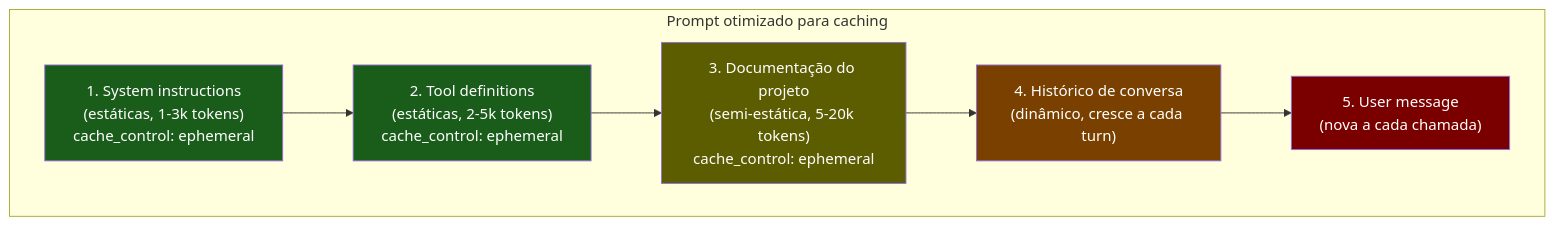
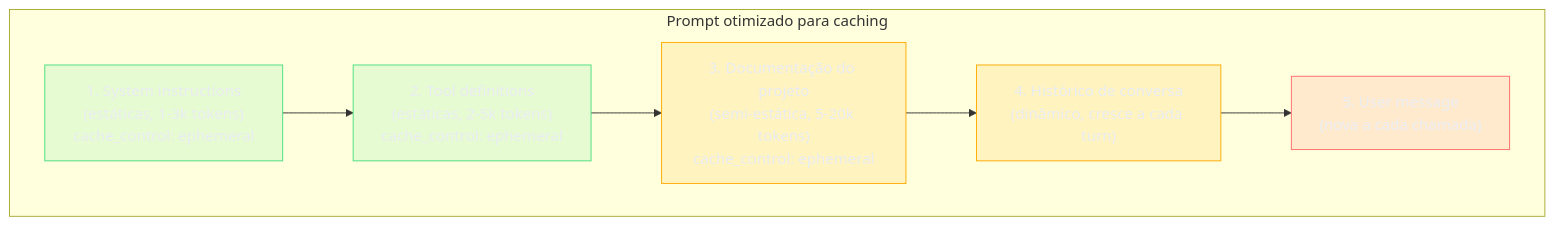
Before and after one commit to josenaldo/codex-technomanticus: the diagram in 03-Dominios/Tecnologia/IA/Economia de Tokens/05 - Prompt caching na prática.md, drawn with Mermaid. The commit also changed 1181 other files, not shown here.

First line of the commit message:
fix(diagramas): paleta do sistema no lugar de cor cravada no markdown

````diff
--- a/03-Dominios/Tecnologia/IA/Economia de Tokens/05 - Prompt caching na prática.md
+++ b/03-Dominios/Tecnologia/IA/Economia de Tokens/05 - Prompt caching na prática.md
@@ -144,18 +144,21 @@
 ```mermaid
 graph TD
+    classDef ok fill:#4ADE8021,stroke:#4ADE80,color:#E9ECF2
+    classDef destaque fill:#FFAA0024,stroke:#FFAA00,color:#E9ECF2
+    classDef falha fill:#FF6B6B24,stroke:#FF6B6B,color:#E9ECF2
     subgraph Prompt["Prompt otimizado para caching"]
         A["1. System instructions\n(estáticas, 1-3k tokens)\ncache_control: ephemeral"]
         B["2. Tool definitions\n(estáticas, 2-5k tokens)\ncache_control: ephemeral"]
         C["3. Documentação do projeto\n(semi-estática, 5-20k tokens)\ncache_control: ephemeral"]
         D["4. Histórico de conversa\n(dinâmico, cresce a cada turn)"]
         E["5. User message\n(nova a cada chamada)"]
     end
 
     A --> B --> C --> D --> E
 
-    style A fill:#1a5c1a,color:#fff
-    style B fill:#1a5c1a,color:#fff
-    style C fill:#5c5c00,color:#fff
-    style D fill:#7a4000,color:#fff
-    style E fill:#7a0000,color:#fff
+    class A ok
+    class B ok
+    class C destaque
+    class D destaque
+    class E falha
 ```
````
